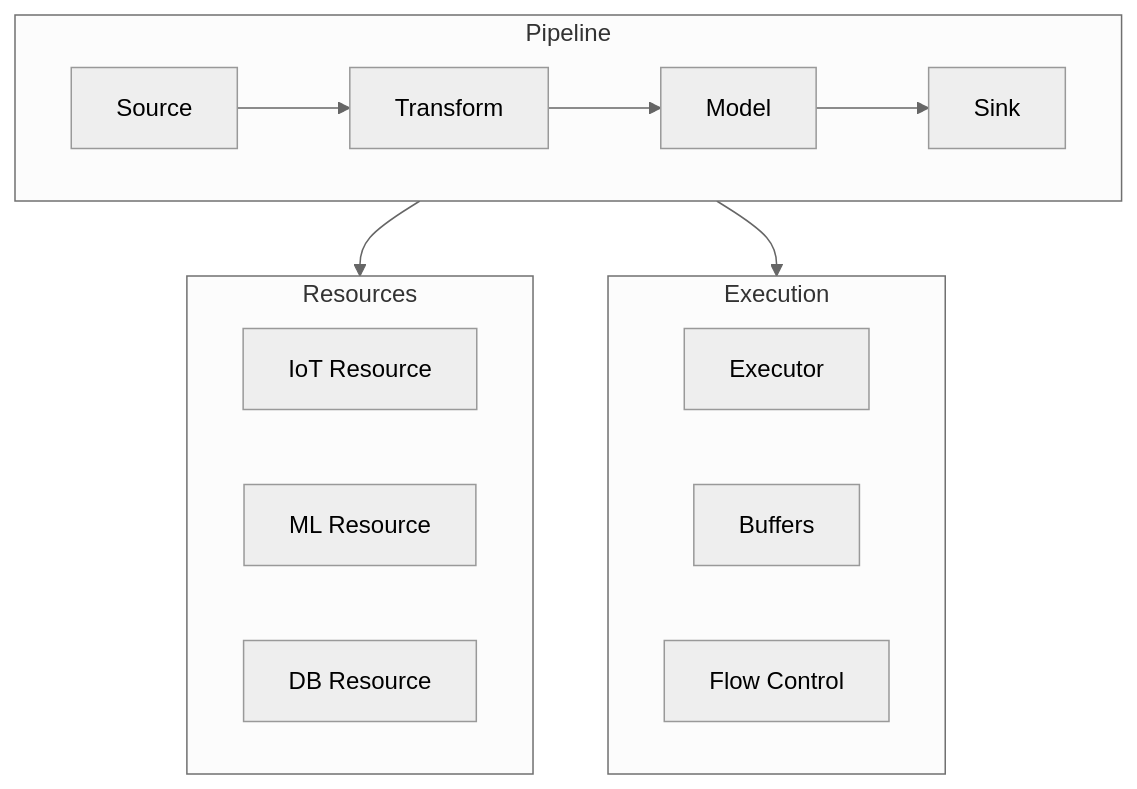
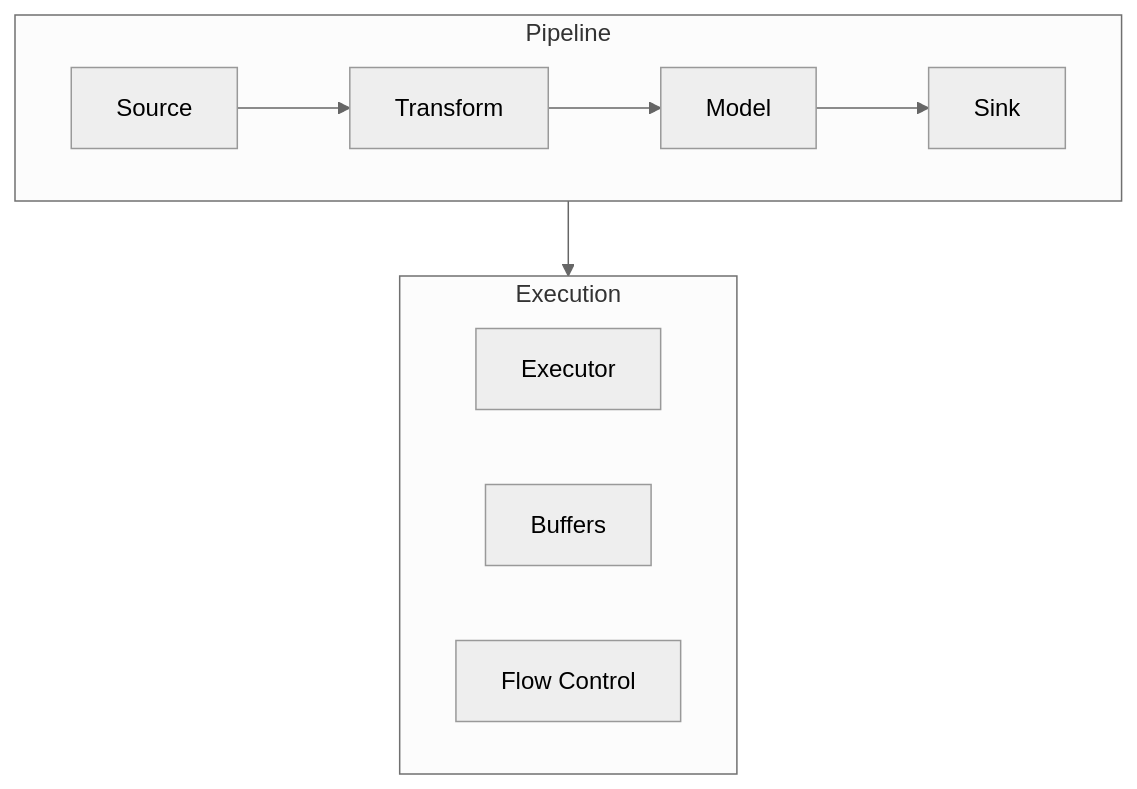
The first of 2 diagrams in dxa/execution/pipeline/README.md (aitomatic/dana), drawn with Mermaid (neutral theme) before and after one commit. The commit also changed other lines of this file and 48 other files, not shown here.

Commit message:
Refactor resource structure: move agent resources to common module and update imports

````diff
--- a/dxa/execution/pipeline/README.md
+++ b/dxa/execution/pipeline/README.md
@@ -23,23 +24,16 @@
 ```mermaid
 graph TB
     subgraph Pipeline
         S[Source] --> T[Transform]
         T --> M[Model]
         M --> SK[Sink]
     end
     
-    subgraph Resources
-        IoT[IoT Resource]
-        ML[ML Resource]
-        DB[DB Resource]
-    end
-    
     subgraph Execution
         Exec[Executor]
         Buff[Buffers]
         Flow[Flow Control]
     end
     
-    Pipeline --> Resources
     Pipeline --> Execution
 ```
````
